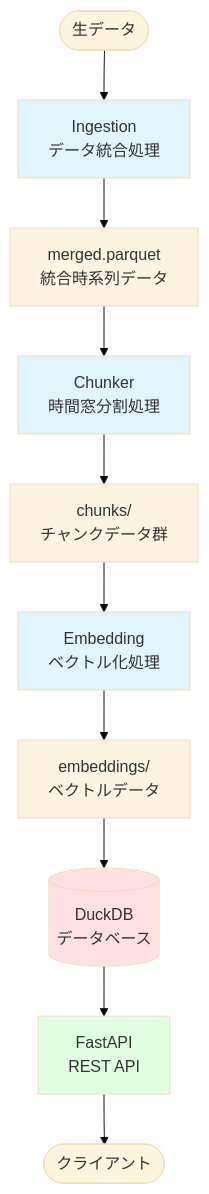
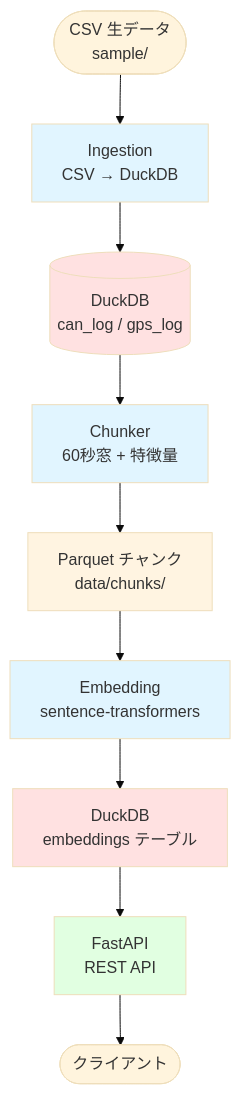
One commit to failure56/vehicle-log-system changed the first of 3 diagrams in doc/data-flow.md. Above: the diagram before and after it, drawn with Mermaid (base theme). The commit also changed other lines of this file and 1 other file, not shown here.

````diff
--- a/doc/data-flow.md
+++ b/doc/data-flow.md
@@ -7,21 +7,19 @@
 ```mermaid
 flowchart TB
-    Start([生データ]) --> Ingestion
-    Ingestion[Ingestion<br/>データ統合処理] --> Merged[merged.parquet<br/>統合時系列データ]
-    Merged --> Chunker
-    Chunker[Chunker<br/>時間窓分割処理] --> Chunks[chunks/<br/>チャンクデータ群]
+    Start([CSV 生データ<br/>sample/]) --> Ingestion
+    Ingestion[Ingestion<br/>CSV → DuckDB] --> DB
+    DB[(DuckDB<br/>can_log / gps_log)] --> Chunker
+    Chunker[Chunker<br/>60秒窓 + 特徴量] --> Chunks[Parquet チャンク<br/>data/chunks/]
     Chunks --> Embedding
-    Embedding[Embedding<br/>ベクトル化処理] --> Vectors[embeddings/<br/>ベクトルデータ]
-    Vectors --> DB
-    DB[(DuckDB<br/>データベース)] --> API
+    Embedding[Embedding<br/>sentence-transformers] --> EmbedDB[DuckDB<br/>embeddings テーブル]
+    EmbedDB --> API
     API[FastAPI<br/>REST API] --> Client([クライアント])
     
     style Ingestion fill:#e1f5ff
     style Chunker fill:#e1f5ff
     style Embedding fill:#e1f5ff
     style DB fill:#ffe1e1
+    style EmbedDB fill:#ffe1e1
     style API fill:#e1ffe1
-    style Merged fill:#fff4e1
     style Chunks fill:#fff4e1
-    style Vectors fill:#fff4e1
 ```
````
